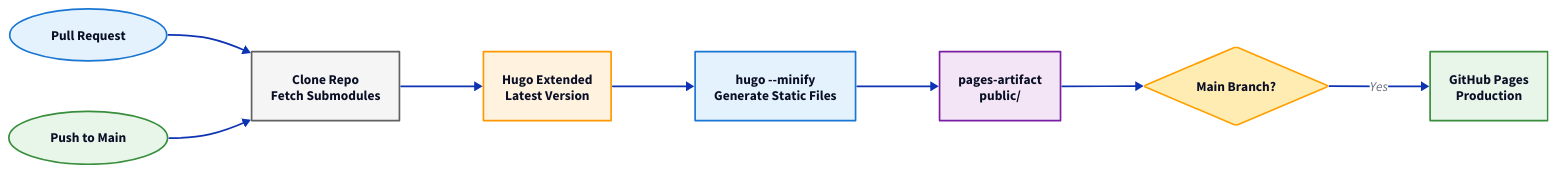
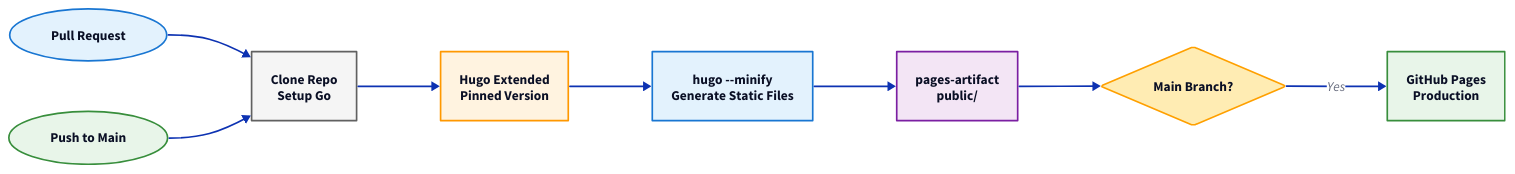
The second of 2 diagrams in templates/marketing-static-site/skeleton/docs/index.md (ayoinc/cloud-sandbox-backstage), drawn with D2 before and after one commit. The commit also changed other lines of this file and 102 other files, not shown here.

````diff
--- a/templates/marketing-static-site/skeleton/docs/index.md
+++ b/templates/marketing-static-site/skeleton/docs/index.md
@@ -163,56 +152,56 @@
 ```d2
 direction: right
 
 pr: Pull Request {
   shape: oval
   style.fill: "#E3F2FD"
   style.stroke: "#1976D2"
 }
 
 push: Push to Main {
   shape: oval
   style.fill: "#E8F5E9"
   style.stroke: "#388E3C"
 }
 
 checkout: Checkout {
   style.fill: "#F5F5F5"
   style.stroke: "#616161"
-  label: "Clone Repo\nFetch Submodules"
+  label: "Clone Repo\nSetup Go"
 }
 
 setup: Setup Hugo {
   style.fill: "#FFF3E0"
   style.stroke: "#FF9800"
-  label: "Hugo Extended\nLatest Version"
+  label: "Hugo Extended\nPinned Version"
 }
 
 build: Build {
   style.fill: "#E3F2FD"
   style.stroke: "#1976D2"
   label: "hugo --minify\nGenerate Static Files"
 }
 
 upload: Upload Artifact {
   style.fill: "#F3E5F5"
   style.stroke: "#7B1FA2"
   label: "pages-artifact\npublic/"
 }
 
 deploy: Deploy {
   style.fill: "#E8F5E9"
   style.stroke: "#388E3C"
   label: "GitHub Pages\nProduction"
 }
 
 check: Main Branch? {
   shape: diamond
   style.fill: "#FFECB3"
   style.stroke: "#FFA000"
 }
 
 pr -> checkout
 push -> checkout
 checkout -> setup -> build -> upload -> check
 check -> deploy: Yes
 ```
````
